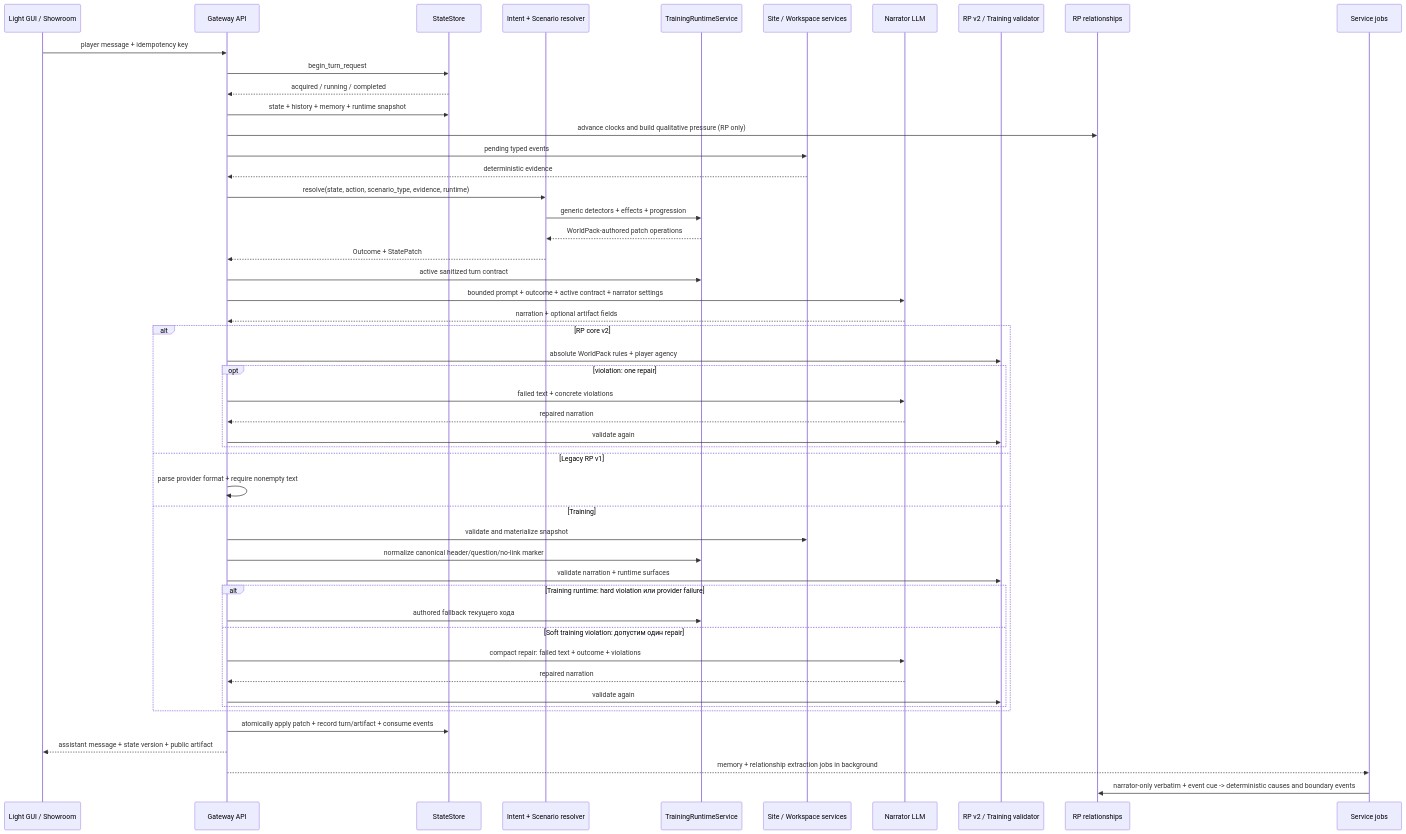
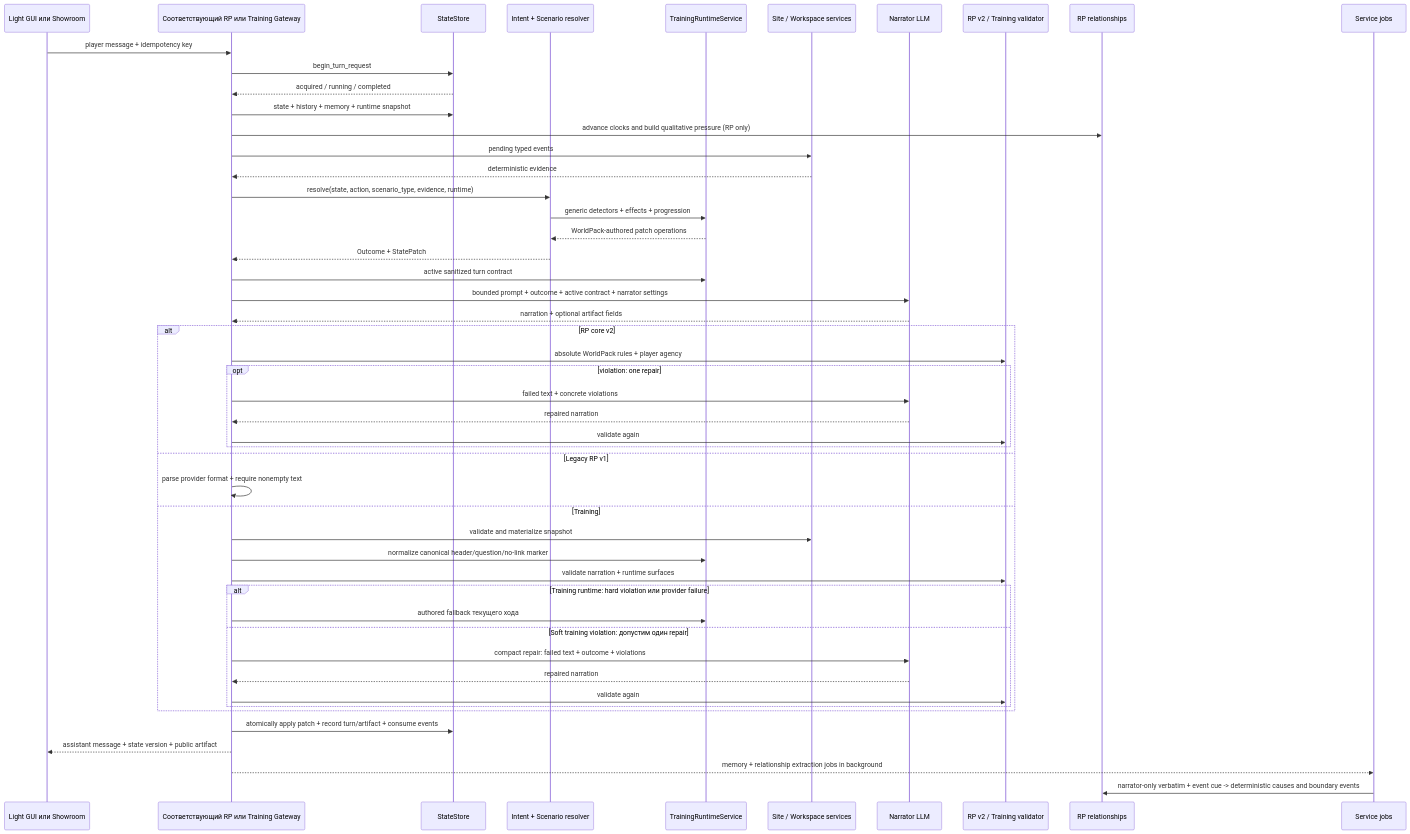
Before and after one commit to abykovwww-byte/ubuntu_ansible_palybooks: the ninth of 11 diagrams in docs/wiki/03-turn-lifecycle.md, drawn with Mermaid. The commit also changed other lines of this file and 44 other files, not shown here.

````diff
--- a/docs/wiki/03-turn-lifecycle.md
+++ b/docs/wiki/03-turn-lifecycle.md
@@ -544,53 +548,53 @@
 ```mermaid
 sequenceDiagram
-    participant UI as Light GUI / Showroom
-    participant API as Gateway API
+    participant UI as Light GUI или Showroom
+    participant API as Соответствующий RP или Training Gateway
     participant Store as StateStore
     participant Rules as Intent + Scenario resolver
     participant Runtime as TrainingRuntimeService
     participant Art as Site / Workspace services
     participant LLM as Narrator LLM
     participant Val as RP v2 / Training validator
     participant Rel as RP relationships
     participant Jobs as Service jobs
 
     UI->>API: player message + idempotency key
     API->>Store: begin_turn_request
     Store-->>API: acquired / running / completed
     API->>Store: state + history + memory + runtime snapshot
     API->>Rel: advance clocks and build qualitative pressure (RP only)
     API->>Art: pending typed events
     Art-->>API: deterministic evidence
     API->>Rules: resolve(state, action, scenario_type, evidence, runtime)
     Rules->>Runtime: generic detectors + effects + progression
     Runtime-->>Rules: WorldPack-authored patch operations
     Rules-->>API: Outcome + StatePatch
     API->>Runtime: active sanitized turn contract
     API->>LLM: bounded prompt + outcome + active contract + narrator settings
     LLM-->>API: narration + optional artifact fields
     alt RP core v2
         API->>Val: absolute WorldPack rules + player agency
         opt violation: one repair
             API->>LLM: failed text + concrete violations
             LLM-->>API: repaired narration
             API->>Val: validate again
         end
     else Legacy RP v1
         API->>API: parse provider format + require nonempty text
     else Training
         API->>Art: validate and materialize snapshot
         API->>Runtime: normalize canonical header/question/no-link marker
         API->>Val: validate narration + runtime surfaces
         alt Training runtime: hard violation или provider failure
             API->>Runtime: authored fallback текущего хода
         else Soft training violation: допустим один repair
             API->>LLM: compact repair: failed text + outcome + violations
             LLM-->>API: repaired narration
             API->>Val: validate again
         end
     end
     API->>Store: atomically apply patch + record turn/artifact + consume events
     API-->>UI: assistant message + state version + public artifact
     API-->>Jobs: memory + relationship extraction jobs in background
     Jobs->>Rel: narrator-only verbatim + event cue -> deterministic causes and boundary events
 ```
````
